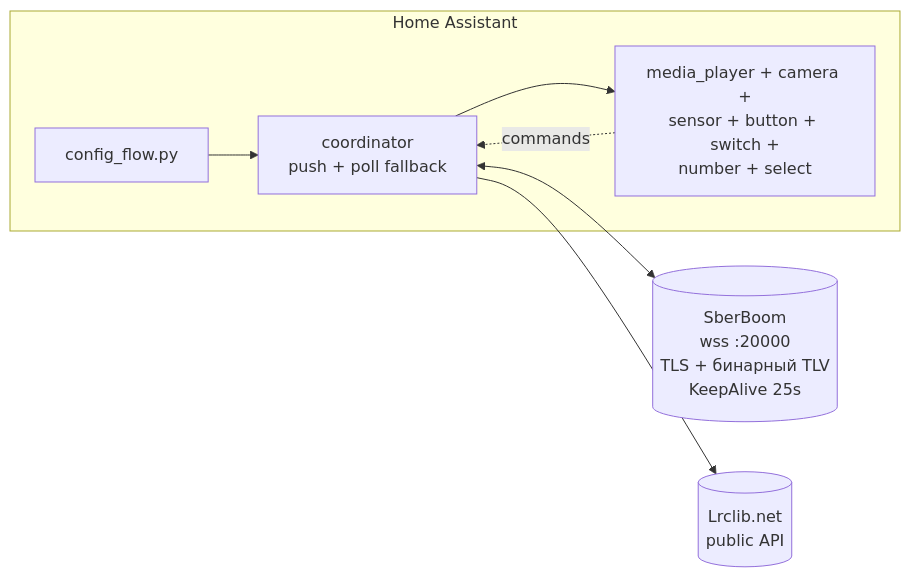
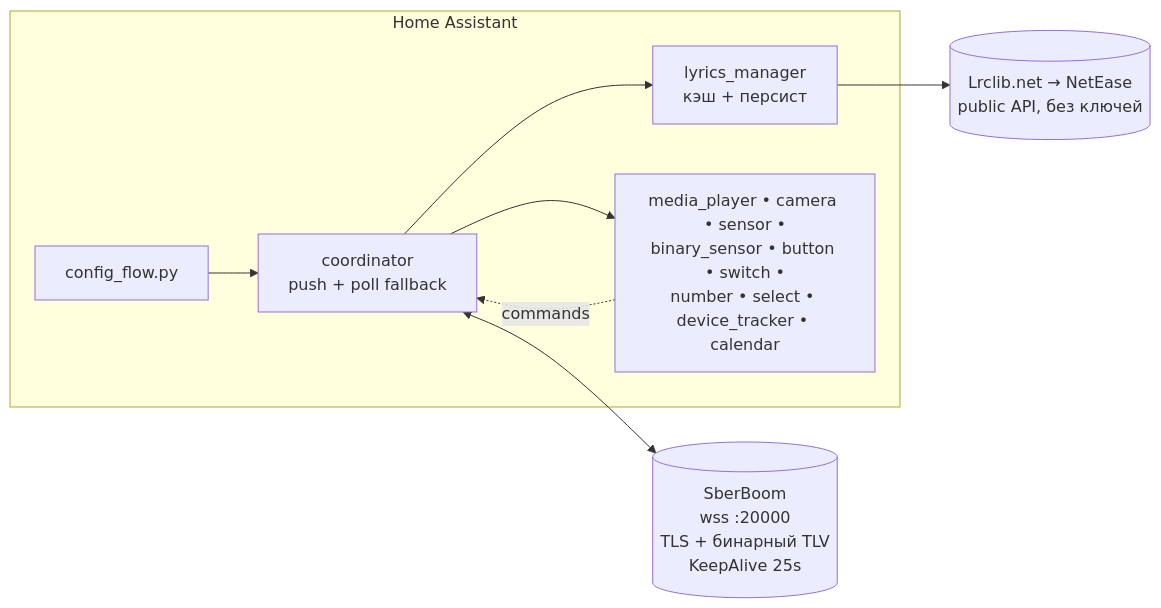
Before and after one commit to dzerik/sboom_ha: the diagram in README.md, drawn with Mermaid. The commit also changed other lines of this file and 116 other files, not shown here.

````diff
--- a/README.md
+++ b/README.md
@@ -284,15 +376,17 @@
 ```mermaid
 flowchart LR
     subgraph HA["Home Assistant"]
         CF[config_flow.py]
         CO["coordinator<br/>push + poll fallback"]
-        ENT["media_player + camera +<br/>sensor + button + switch +<br/>number + select"]
+        LM["lyrics_manager<br/>кэш + персист"]
+        ENT["media_player • camera • sensor •<br/>binary_sensor • button • switch •<br/>number • select • device_tracker • calendar"]
         CF --> CO
         CO --> ENT
+        CO --> LM
         ENT -.commands.-> CO
     end
     SPK[(SberBoom<br/>wss :20000<br/>TLS + бинарный TLV<br/>KeepAlive 25s)]
-    LRC[(Lrclib.net<br/>public API)]
+    LRC[(Lrclib.net → NetEase<br/>public API, без ключей)]
     CO <--> SPK
-    CO --> LRC
+    LM --> LRC
 ```
````
